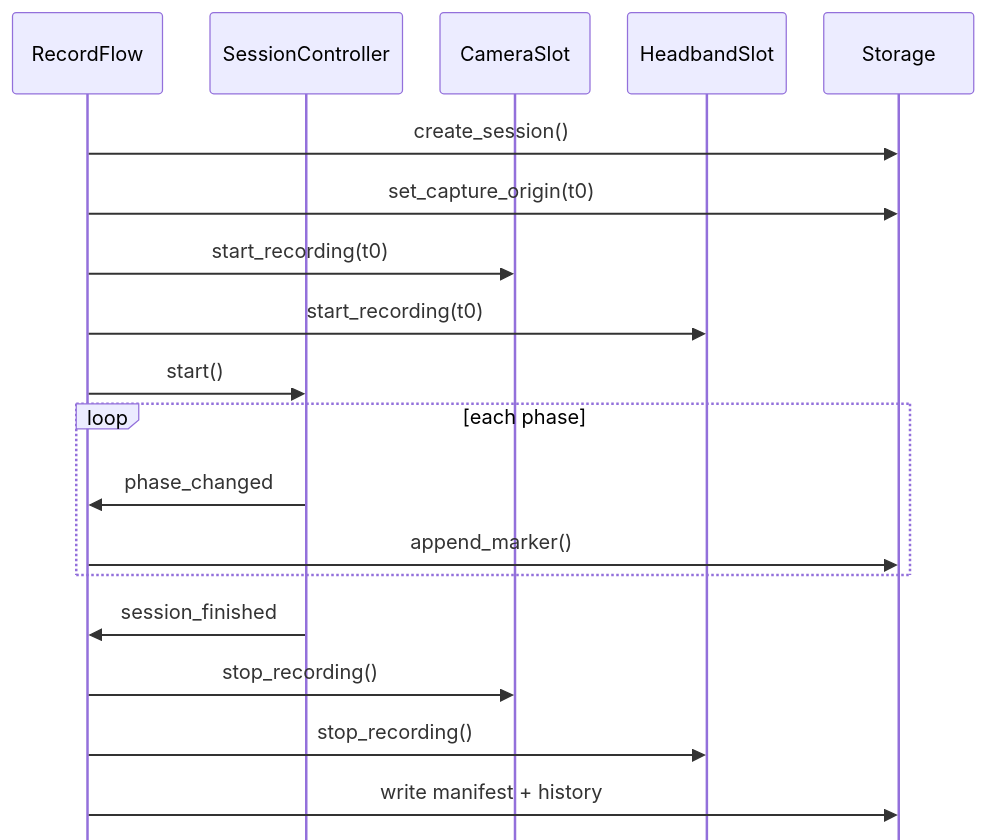
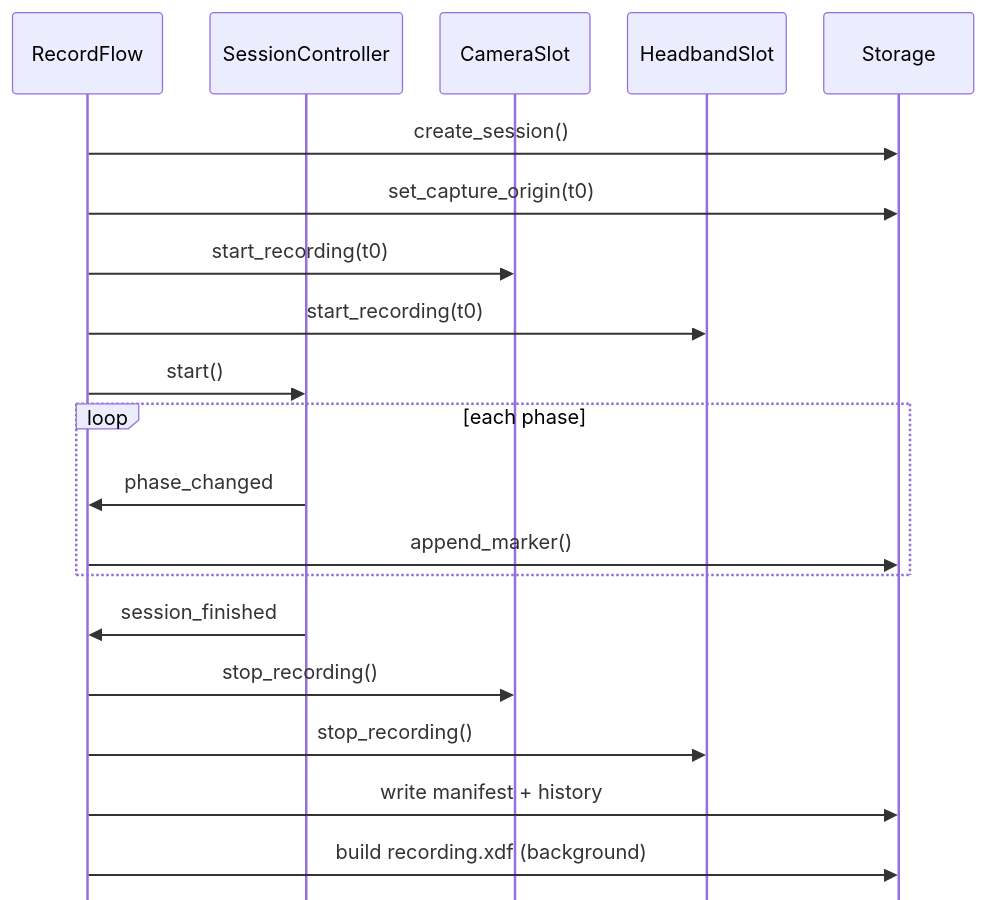
One commit to mohammadabdullahkhurram/Brain-Battle-Phase-3 changed the diagram in docs/diagrams/flow-recording.mmd. Above: the diagram before and after it, drawn with Mermaid. The commit also changed 71 other files, not shown here.

```diff
--- a/docs/diagrams/flow-recording.mmd
+++ b/docs/diagrams/flow-recording.mmd
@@ -1,20 +1,21 @@
 %%{init: {'themeVariables': {'fontSize': '16px'}, 'sequence': {'actorMargin': 30, 'width': 120, 'boxMargin': 8, 'mirrorActors': false}}}%%
 sequenceDiagram
     participant RF as RecordFlow
     participant SC as SessionController
     participant Cam as CameraSlot
     participant Band as HeadbandSlot
     participant St as Storage
     RF->>St: create_session()
     RF->>St: set_capture_origin(t0)
     RF->>Cam: start_recording(t0)
     RF->>Band: start_recording(t0)
     RF->>SC: start()
     loop each phase
         SC->>RF: phase_changed
         RF->>St: append_marker()
     end
     SC->>RF: session_finished
     RF->>Cam: stop_recording()
     RF->>Band: stop_recording()
     RF->>St: write manifest + history
+    RF->>St: build recording.xdf (background)
```
